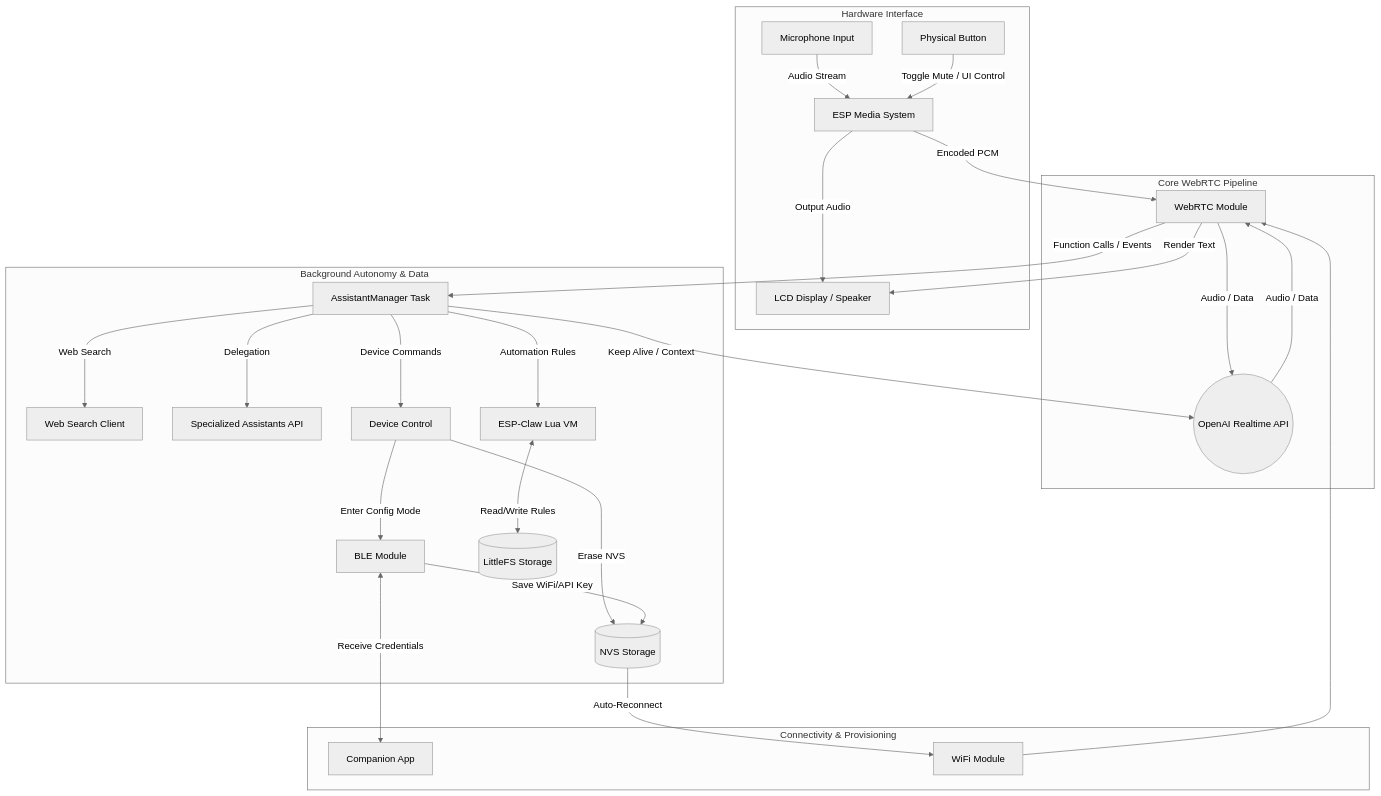
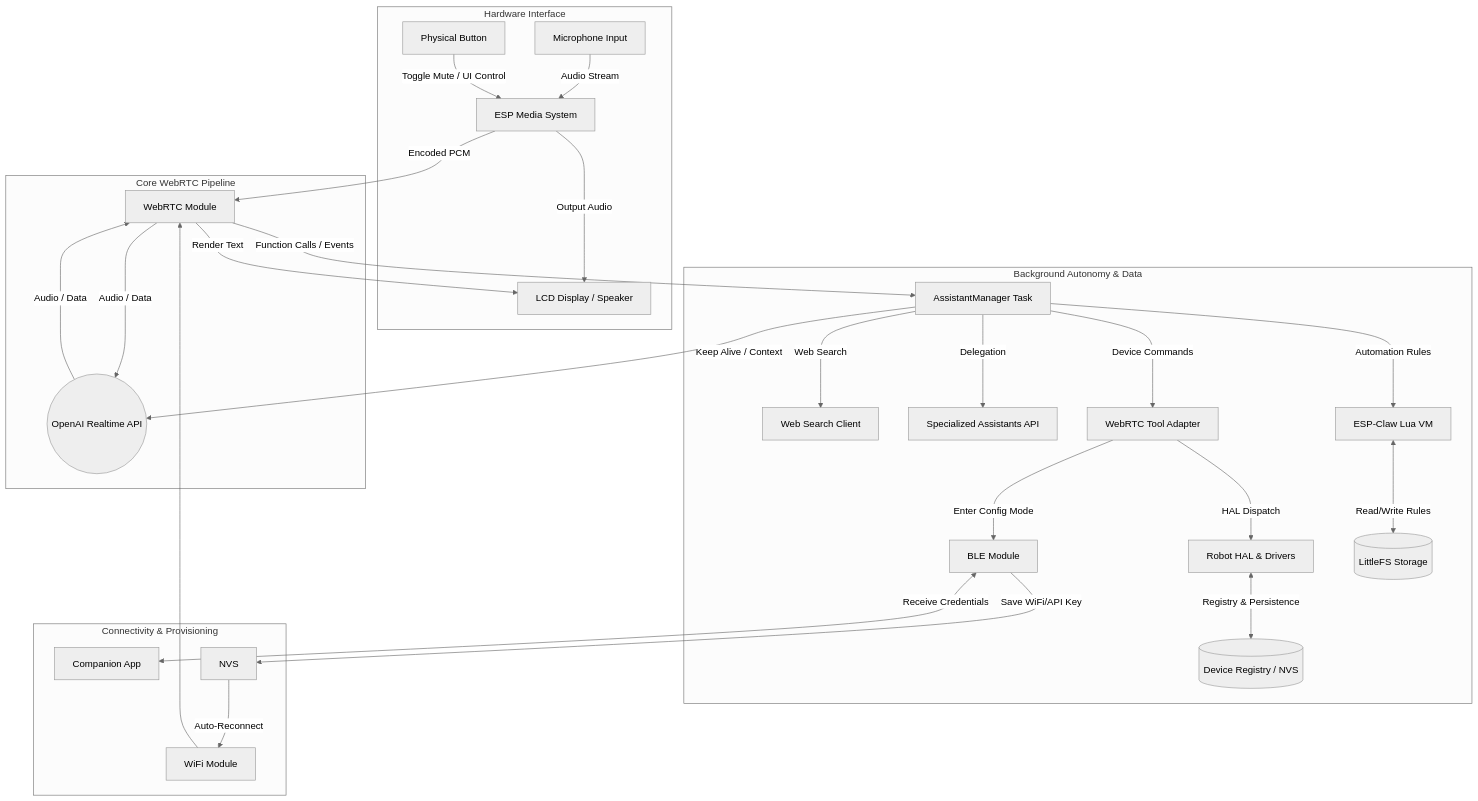
The diagram in README.md (lmartinez51/esp32s3-camila), drawn with Mermaid (neutral theme) before and after one commit. The commit also changed other lines of this file and 1 other file, not shown here.

Commit message:
docs: sync project layout tree and mermaid architecture with robot HAL architecture

````diff
--- a/README.md
+++ b/README.md
@@ -50,36 +50,37 @@
 ```mermaid
 flowchart TD
     subgraph Hardware Interface
         A[Microphone Input] -->|Audio Stream| B[ESP Media System]
         E[LCD Display / Speaker]
         F[Physical Button]
         B -->|Output Audio| E
     end
 
     subgraph Core WebRTC Pipeline
         B -->|Encoded PCM| C[WebRTC Module]
         C -->|Audio / Data| D((OpenAI Realtime API))
         D -->|Audio / Data| C
         C -->|Render Text| E
         F -->|Toggle Mute / UI Control| B
     end
 
     subgraph Background Autonomy & Data
         C -->|Function Calls / Events| G[AssistantManager Task]
         G -->|Keep Alive / Context| D
         G -->|Web Search| WS[Web Search Client]
         G -->|Delegation| SA[Specialized Assistants API]
-        G -->|Device Commands| HC[Device Control]
-        HC -->|Erase NVS| NVS[(NVS Storage)]
-        HC -->|Enter Config Mode| BLE[BLE Module]
+        G -->|Device Commands| TA[WebRTC Tool Adapter]
+        TA -->|HAL Dispatch| HAL[Robot HAL & Drivers]
+        HAL <-->|Registry & Persistence| REG[(Device Registry / NVS)]
+        TA -->|Enter Config Mode| BLE[BLE Module]
         G -->|Automation Rules| LUA[ESP-Claw Lua VM]
         LUA <-->|Read/Write Rules| LFS[(LittleFS Storage)]
-            end
+    end
 
     subgraph Connectivity & Provisioning
         BLE <-->|Receive Credentials| App[Companion App]
         BLE -->|Save WiFi/API Key| NVS
         NVS -->|Auto-Reconnect| WiFi[WiFi Module]
         WiFi --> C
     end
 ```
````
